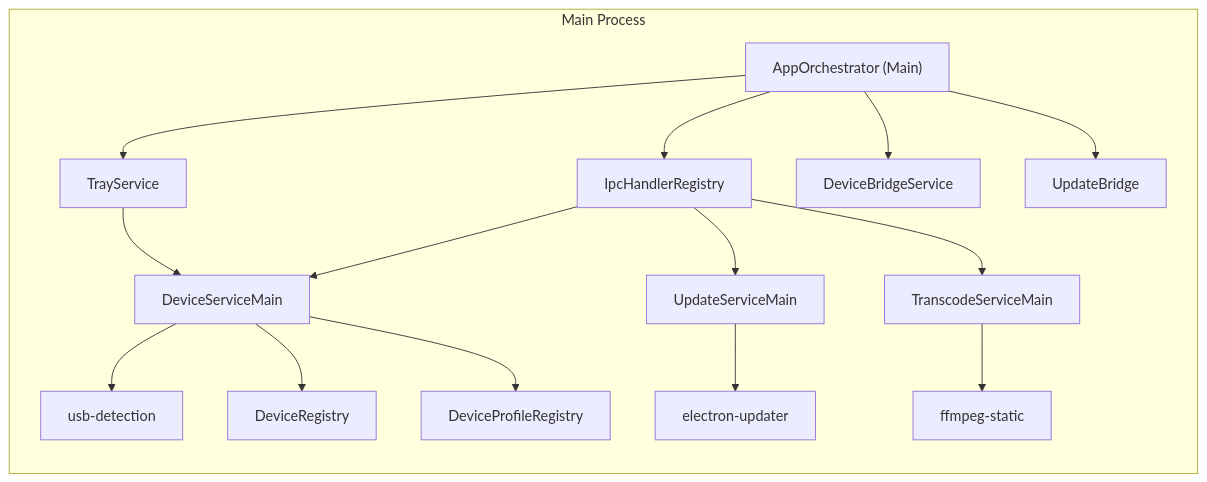
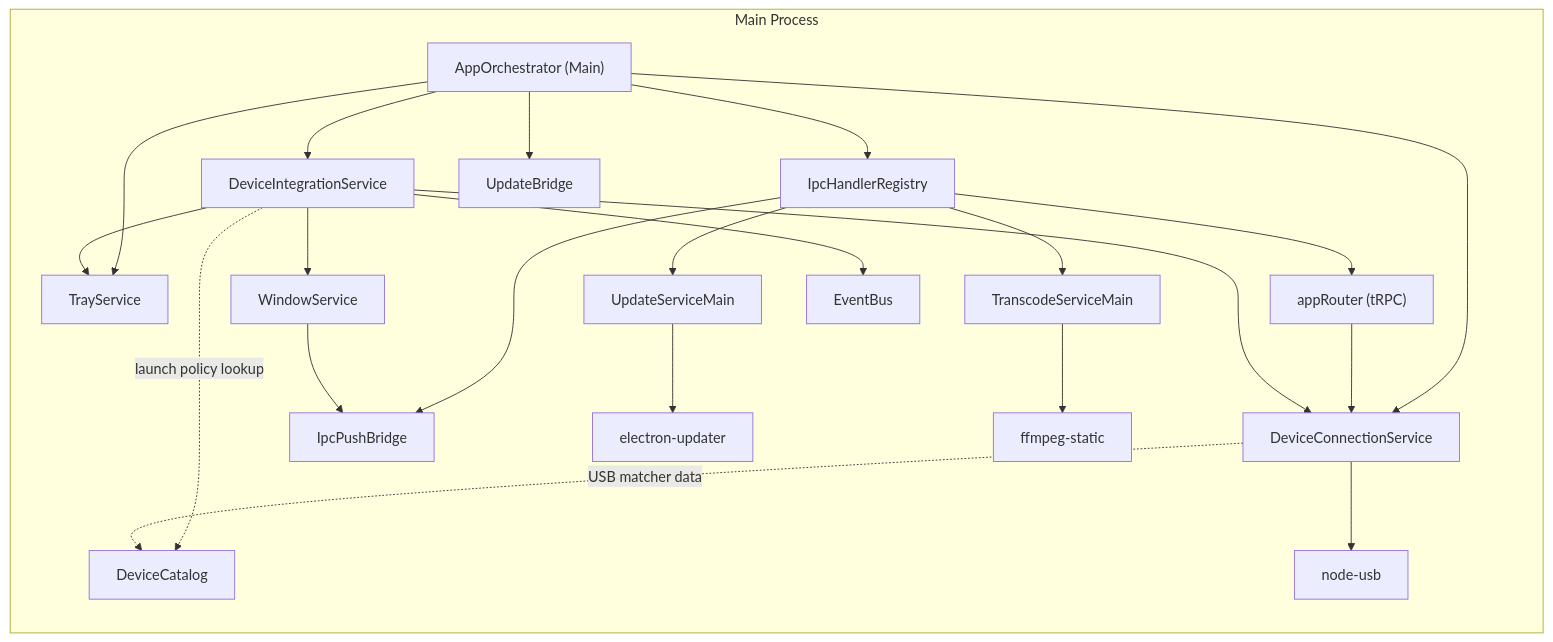
Before and after one commit to josstei/prismgb-app: the sixth of 8 diagrams in docs/architecture-diagrams.md, drawn with Mermaid. The commit also changed other lines of this file and 995 other files, not shown here.

````diff
--- a/docs/architecture-diagrams.md
+++ b/docs/architecture-diagrams.md
@@ -128,34 +157,43 @@
 ```mermaid
 flowchart LR
   subgraph MAIN[Main Process]
     AppOrchestrator["AppOrchestrator (Main)"]
     IpcHandlerRegistry[IpcHandlerRegistry]
+    AppRouter["appRouter (tRPC)"]
+    IpcPushBridge[IpcPushBridge]
+    WindowService[WindowService]
     TrayService[TrayService]
-    DeviceBridge[DeviceBridgeService]
+    EventBus[EventBus]
+    DeviceIntegrationService[DeviceIntegrationService]
+    DeviceConnectionService[DeviceConnectionService]
     UpdateBridge[UpdateBridge]
-    DeviceServiceMain[DeviceServiceMain]
     UpdateServiceMain[UpdateServiceMain]
     TranscodeServiceMain[TranscodeServiceMain]
-    UsbDetection[usb-detection]
-    DeviceRegistry[DeviceRegistry]
-    DeviceProfileRegistry[DeviceProfileRegistry]
+    UsbMonitor[node-usb]
+    DeviceCatalog[DeviceCatalog]
     AutoUpdater[electron-updater]
     FFmpeg[ffmpeg-static]
   end
 
   AppOrchestrator --> IpcHandlerRegistry
+  AppOrchestrator --> DeviceConnectionService
+  AppOrchestrator --> DeviceIntegrationService
   AppOrchestrator --> TrayService
-  AppOrchestrator --> DeviceBridge
   AppOrchestrator --> UpdateBridge
 
-  IpcHandlerRegistry --> DeviceServiceMain
+  IpcHandlerRegistry --> AppRouter
+  IpcHandlerRegistry --> IpcPushBridge
+  AppRouter --> DeviceConnectionService
   IpcHandlerRegistry --> UpdateServiceMain
   IpcHandlerRegistry --> TranscodeServiceMain
-  TrayService --> DeviceServiceMain
-
-  DeviceServiceMain --> UsbDetection
-  DeviceServiceMain --> DeviceRegistry
-  DeviceServiceMain --> DeviceProfileRegistry
+  DeviceIntegrationService --> DeviceConnectionService
+  DeviceIntegrationService --> TrayService
+  DeviceIntegrationService --> WindowService
+  DeviceIntegrationService --> EventBus
+  DeviceIntegrationService -. "launch policy lookup" .-> DeviceCatalog
+  WindowService --> IpcPushBridge
+  DeviceConnectionService --> UsbMonitor
+  DeviceConnectionService -. "USB matcher data" .-> DeviceCatalog
   UpdateServiceMain --> AutoUpdater
   TranscodeServiceMain --> FFmpeg
 ```
````
